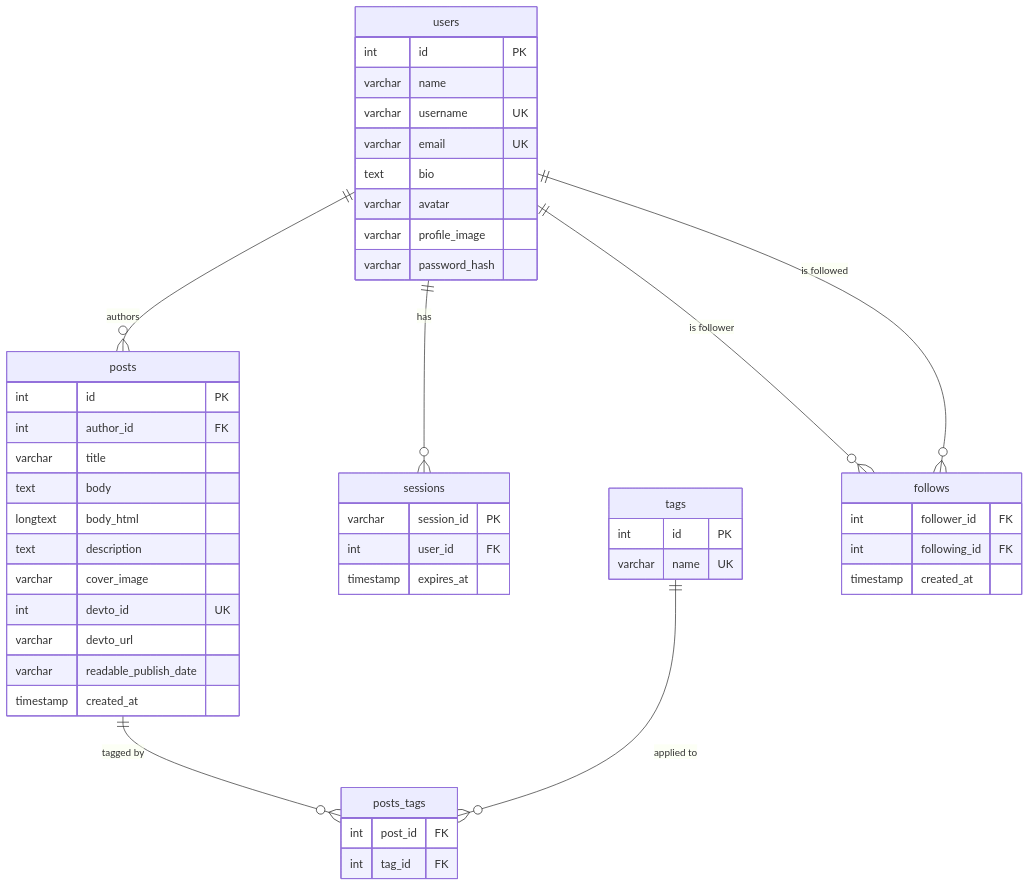
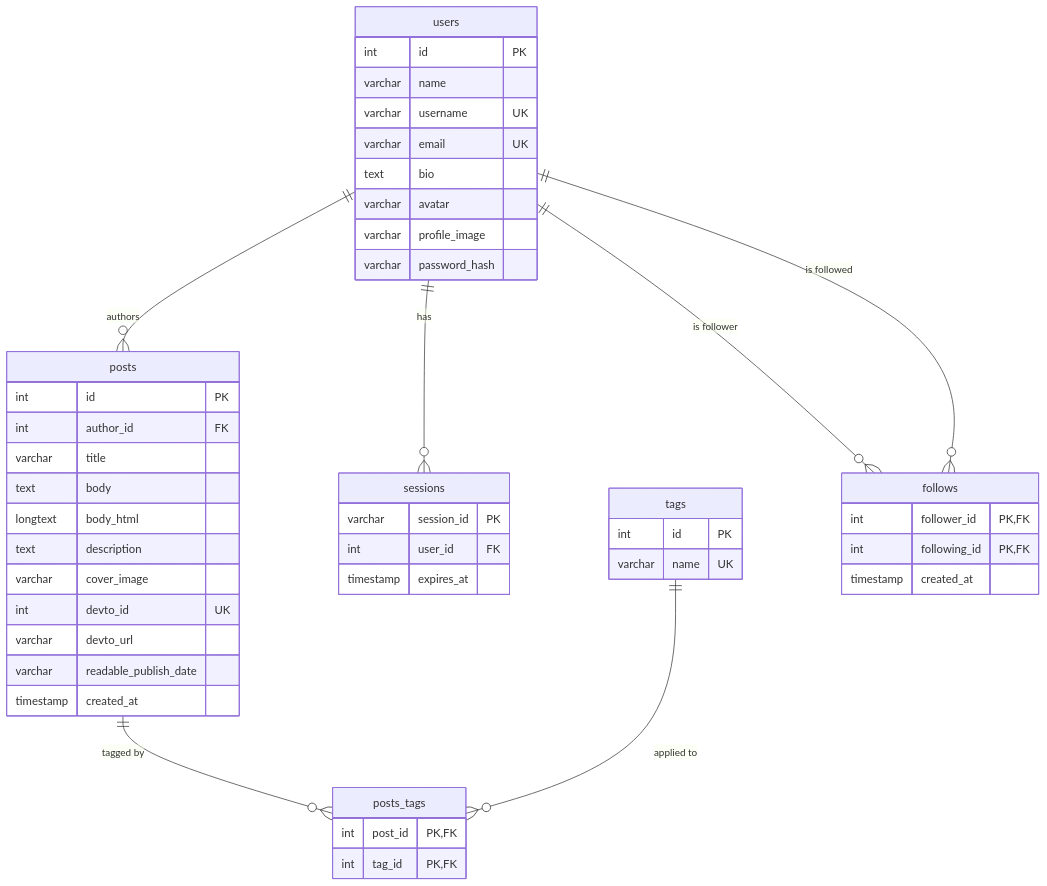
One commit to Nadav-Shalev/PulseNet changed the diagram in docs/db-diagram.md. Above: the diagram before and after it, drawn with Mermaid. The commit also changed 4 other files, not shown here.

First line of the commit message:
docs: commit the ERD image and mark composite keys in the diagram

````diff
--- a/docs/db-diagram.md
+++ b/docs/db-diagram.md
@@ -11,56 +11,56 @@
 ```mermaid
 erDiagram
     users      ||--o{ posts      : "authors"
     users      ||--o{ sessions   : "has"
     posts      ||--o{ posts_tags : "tagged by"
     tags       ||--o{ posts_tags : "applied to"
     users      ||--o{ follows    : "is follower"
     users      ||--o{ follows    : "is followed"
 
     users {
         int      id PK
         varchar  name
         varchar  username UK
         varchar  email UK
         text     bio
         varchar  avatar
         varchar  profile_image
         varchar  password_hash
     }
 
     sessions {
         varchar   session_id PK
         int       user_id FK
         timestamp expires_at
     }
 
     posts {
         int       id PK
         int       author_id FK
         varchar   title
         text      body
         longtext  body_html
         text      description
         varchar   cover_image
         int       devto_id UK
         varchar   devto_url
         varchar   readable_publish_date
         timestamp created_at
     }
 
     tags {
         int     id PK
         varchar name UK
     }
 
     posts_tags {
-        int post_id FK
-        int tag_id FK
+        int post_id PK, FK
+        int tag_id PK, FK
     }
 
     follows {
-        int       follower_id FK
-        int       following_id FK
+        int       follower_id PK, FK
+        int       following_id PK, FK
         timestamp created_at
     }
 ```
````
